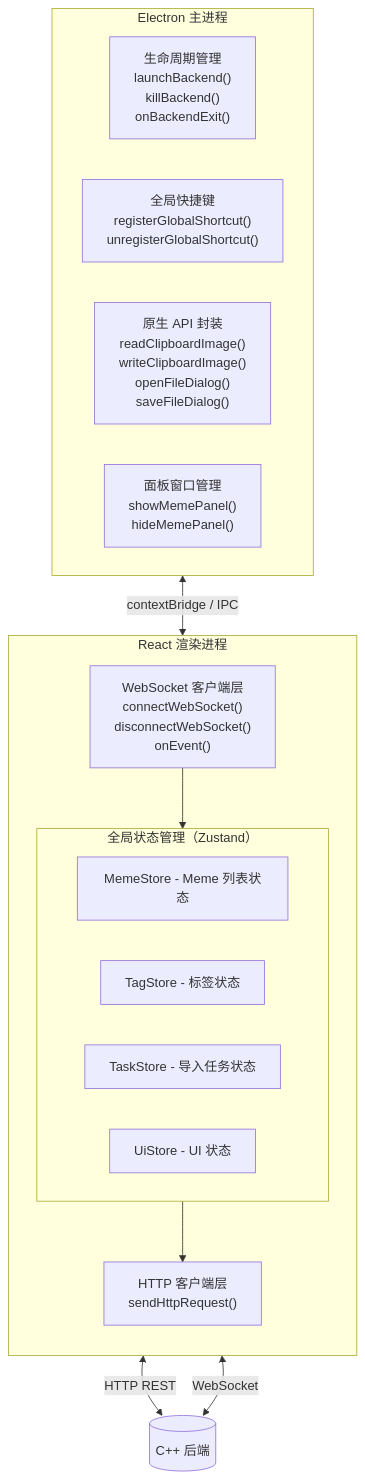
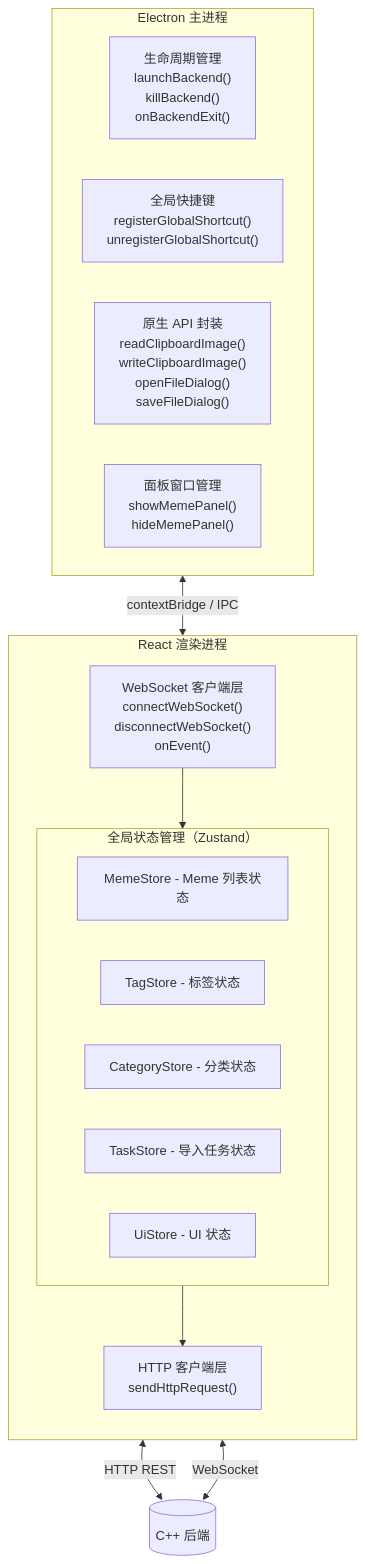
Before and after one commit to MintITes/QuickMemes: the first of 3 diagrams in docs/arch/frontend.md, drawn with Mermaid. The commit also changed 10 other files, not shown here.

````diff
--- a/docs/arch/frontend.md
+++ b/docs/arch/frontend.md
@@ -43,44 +43,45 @@
 ```mermaid
 graph TD
     subgraph ELECTRON_MAIN ["Electron 主进程"]
         LIFECYCLE["生命周期管理
         launchBackend()
         killBackend()
         onBackendExit()"]
         SHORTCUT["全局快捷键
         registerGlobalShortcut()
         unregisterGlobalShortcut()"]
         NATIVE["原生 API 封装
         readClipboardImage()
         writeClipboardImage()
         openFileDialog()
         saveFileDialog()"]
         PANEL["面板窗口管理
         showMemePanel()
         hideMemePanel()"]
     end
 
     subgraph RENDERER ["React 渲染进程"]
         direction TB
         HTTP_CLIENT["HTTP 客户端层
         sendHttpRequest()"]
         WS_CLIENT["WebSocket 客户端层
         connectWebSocket()
         disconnectWebSocket()
         onEvent()"]
 
 
         subgraph STORE ["全局状态管理（Zustand）"]
             MEME_STORE["MemeStore - Meme 列表状态"]
             TAG_STORE["TagStore - 标签状态"]
+            CAT_STORE["CategoryStore - 分类状态"]
             TASK_STORE["TaskStore - 导入任务状态"]
             UI_STORE["UiStore - UI 状态"]
         end
     end
 
     ELECTRON_MAIN <-->|"contextBridge / IPC"| RENDERER
     HTTP_CLIENT <-->|"HTTP REST"| BACKEND[("C++ 后端")]
     WS_CLIENT <-->|"WebSocket"| BACKEND
     STORE --> HTTP_CLIENT
     WS_CLIENT --> STORE
 ```
````
